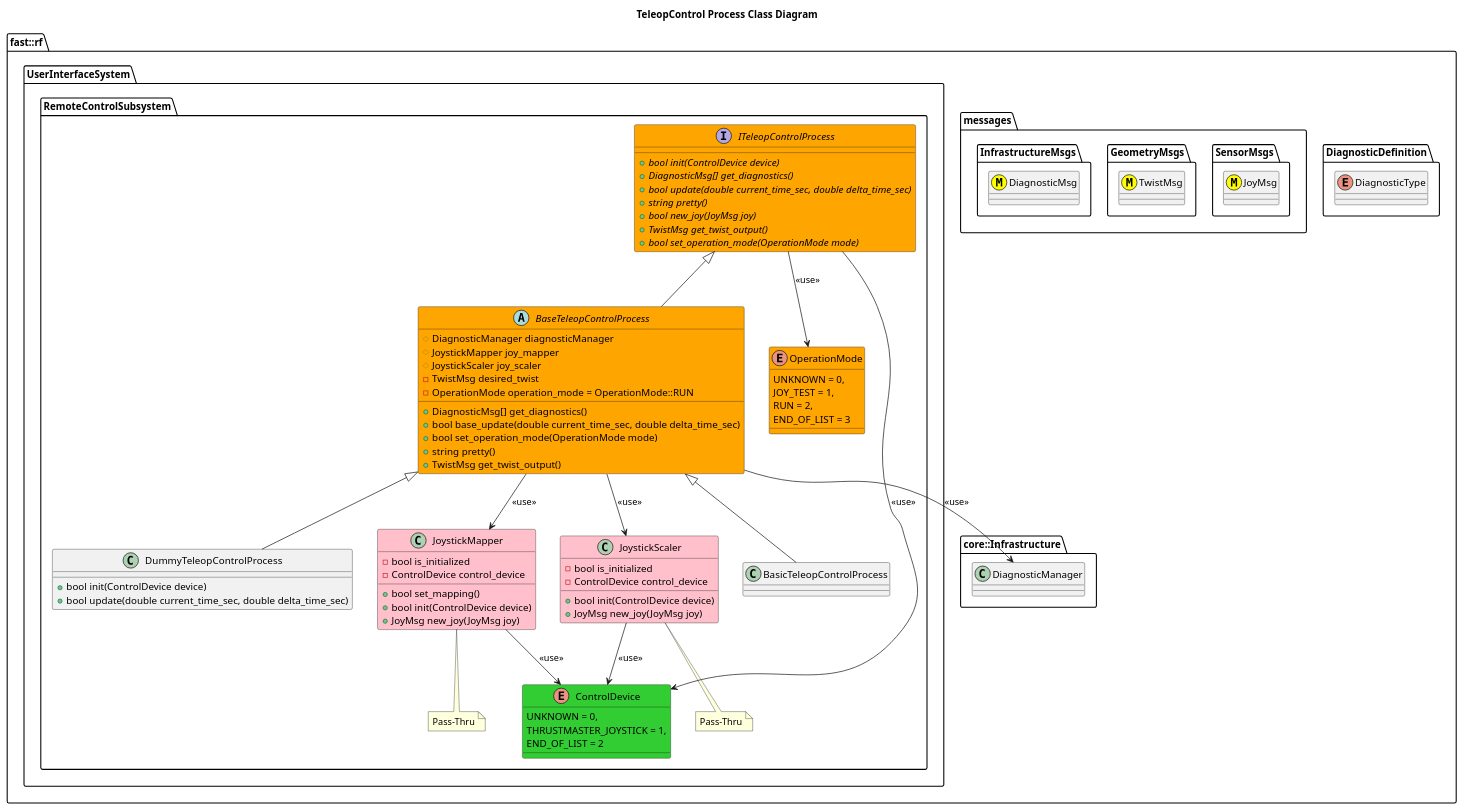
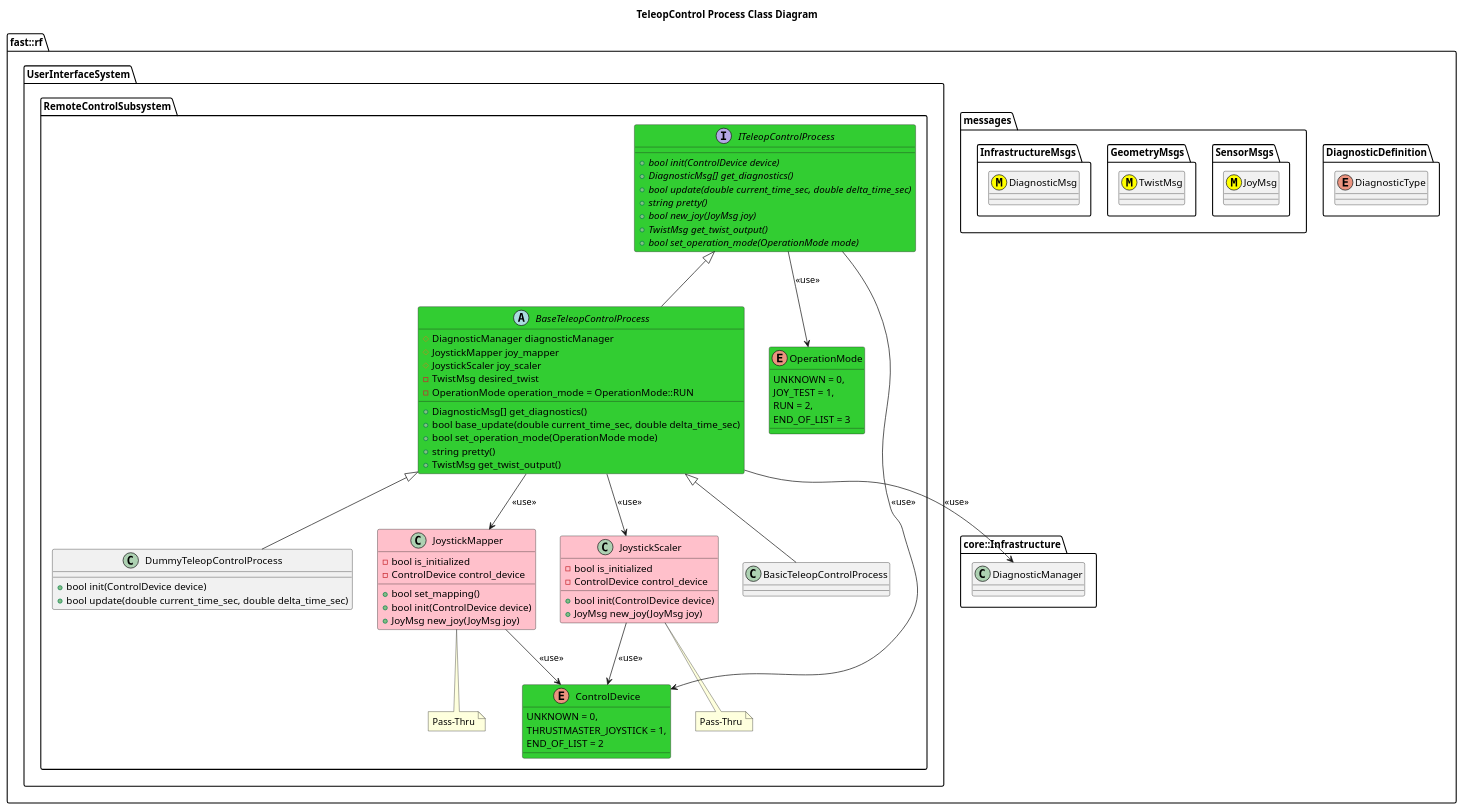
Before and after one commit to fastrobotics/robot_framework: the diagram in Systems/UserInterface/Subsystems/RemoteControl/Processes/TeleopControl/doc/puml/TeleopControlProcessClassDiagram.puml, drawn with PlantUML. The commit also changed 9 other files, not shown here.

```diff
--- a/Systems/UserInterface/Subsystems/RemoteControl/Processes/TeleopControl/doc/puml/TeleopControlProcessClassDiagram.puml
+++ b/Systems/UserInterface/Subsystems/RemoteControl/Processes/TeleopControl/doc/puml/TeleopControlProcessClassDiagram.puml
@@ -1,95 +1,95 @@
 @startuml
 title TeleopControl Process Class Diagram
 
 namespace fast::rf {
   namespace DiagnosticDefinition {
     enum DiagnosticType
   }
   namespace messages {
     namespace SensorMsgs {
       class JoyMsg <<(M,#FFFF00)>>
     }
     namespace GeometryMsgs {
       class TwistMsg <<(M,#FFFF00)>>
     }
     namespace InfrastructureMsgs {
       class DiagnosticMsg <<(M,#FFFF00)>>
     }
   }
   namespace core::Infrastructure {
     class DiagnosticManager
   }
   namespace UserInterfaceSystem {
     namespace RemoteControlSubsystem {
-      enum OperationMode #Orange {
+      enum OperationMode #LimeGreen {
         UNKNOWN = 0,
         JOY_TEST = 1,
         RUN = 2,
         END_OF_LIST = 3
       }
       enum ControlDevice #LimeGreen {
         UNKNOWN = 0,
         THRUSTMASTER_JOYSTICK = 1,
         END_OF_LIST = 2
       }
-      interface ITeleopControlProcess #Orange {
+      interface ITeleopControlProcess #LimeGreen {
         +{abstract} bool init(ControlDevice device)
         +{abstract} DiagnosticMsg[] get_diagnostics()
         +{abstract} bool update(double current_time_sec, double delta_time_sec)
         +{abstract} string pretty()
         +{abstract} bool new_joy(JoyMsg joy)
         +{abstract} TwistMsg get_twist_output()
         +{abstract} bool set_operation_mode(OperationMode mode)
       }
       ITeleopControlProcess --> OperationMode: <<use>>
       ITeleopControlProcess --> ControlDevice: <<use>>
       class JoystickMapper #Pink {
         +bool set_mapping()
         +bool init(ControlDevice device)
         +JoyMsg new_joy(JoyMsg joy)
         -bool is_initialized
         -ControlDevice control_device
       }
       JoystickMapper --> ControlDevice: <<use>>
       note bottom of JoystickMapper
         Pass-Thru
       end note
       class JoystickScaler #Pink {
         +bool init(ControlDevice device)
         +JoyMsg new_joy(JoyMsg joy)
         -bool is_initialized
         -ControlDevice control_device
       }
       JoystickScaler --> ControlDevice: <<use>>
       note bottom of JoystickScaler
         Pass-Thru
       end note
-      abstract BaseTeleopControlProcess #Orange {
+      abstract BaseTeleopControlProcess #LimeGreen {
         +DiagnosticMsg[] get_diagnostics()
         +bool base_update(double current_time_sec, double delta_time_sec)
         +bool set_operation_mode(OperationMode mode)
         +string pretty()
         #DiagnosticManager diagnosticManager
         #JoystickMapper joy_mapper
         #JoystickScaler joy_scaler
         +TwistMsg get_twist_output()
         -TwistMsg desired_twist
         -OperationMode operation_mode = OperationMode::RUN
 
       }
       BaseTeleopControlProcess -up-|> ITeleopControlProcess
       BaseTeleopControlProcess --> DiagnosticManager: <<use>>
       BaseTeleopControlProcess --> JoystickMapper: <<use>>
       BaseTeleopControlProcess --> JoystickScaler: <<use>>
       
       class BasicTeleopControlProcess
       BasicTeleopControlProcess -up-|> BaseTeleopControlProcess
       class DummyTeleopControlProcess {
         +bool init(ControlDevice device)
         +bool update(double current_time_sec, double delta_time_sec)
       }
       DummyTeleopControlProcess -up-|> BaseTeleopControlProcess
     }
   }
 }
 @enduml
```
